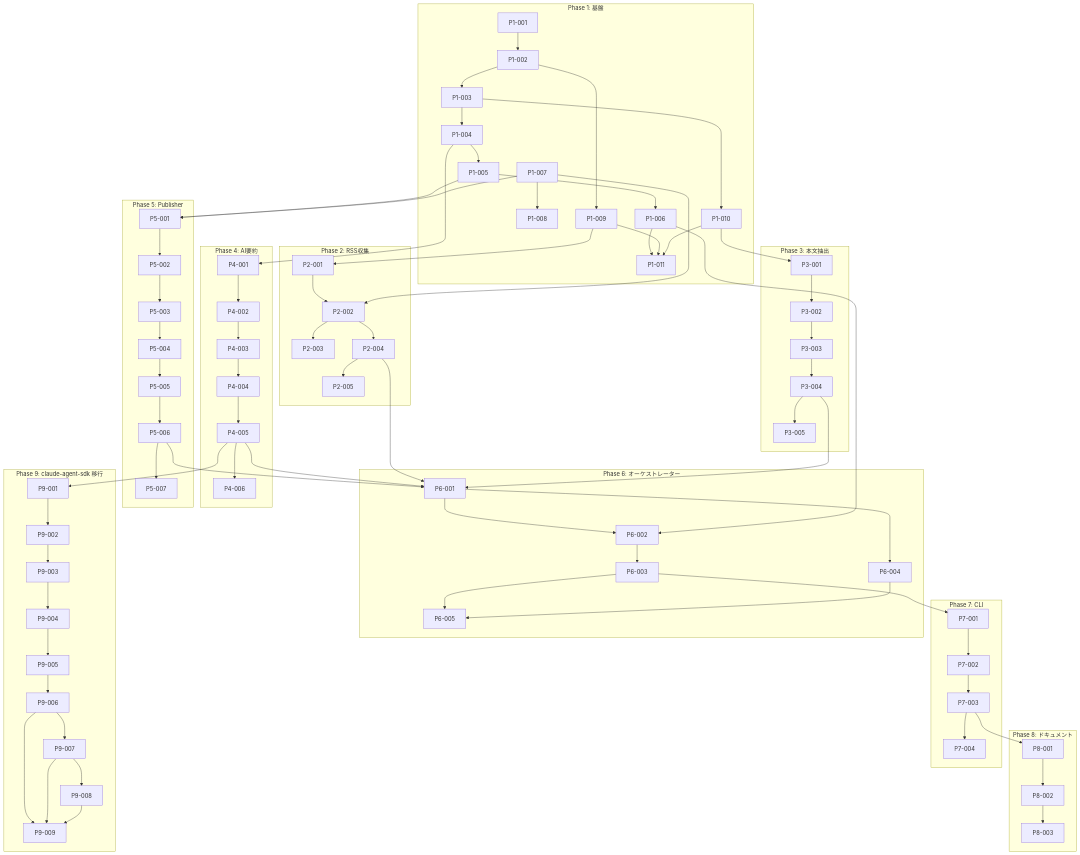
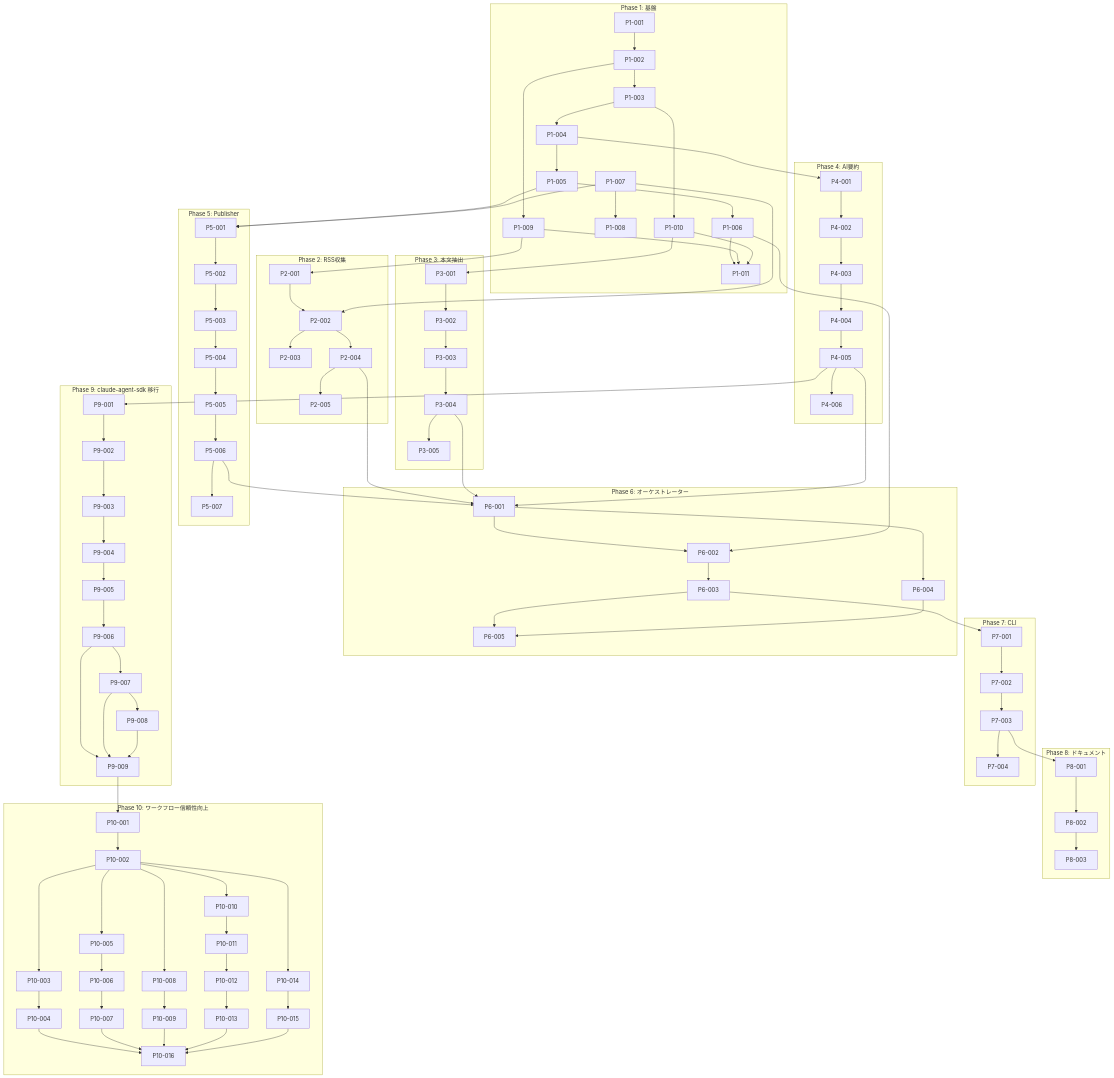
One commit to YH-05/finance changed the diagram in docs/project/project-27/tasks/README.md. Above: the diagram before and after it, drawn with Mermaid. The commit also changed other lines of this file and 17 other files, not shown here.

````diff
--- a/docs/project/project-27/tasks/README.md
+++ b/docs/project/project-27/tasks/README.md
@@ -112,50 +152,60 @@
 ```mermaid
 graph TD
     subgraph Phase1[Phase 1: 基盤]
         P1-001 --> P1-002 --> P1-003 --> P1-004 --> P1-005 --> P1-006
         P1-007 --> P1-008
         P1-002 --> P1-009
         P1-003 --> P1-010
         P1-006 & P1-009 & P1-010 --> P1-011
     end
 
     subgraph Phase2[Phase 2: RSS収集]
         P1-009 --> P2-001 --> P2-002
         P1-007 --> P2-002
         P2-002 --> P2-003 & P2-004
         P2-004 --> P2-005
     end
 
     subgraph Phase3[Phase 3: 本文抽出]
         P1-010 --> P3-001 --> P3-002 --> P3-003 --> P3-004 --> P3-005
     end
 
     subgraph Phase4[Phase 4: AI要約]
         P1-004 --> P4-001 --> P4-002 --> P4-003 --> P4-004 --> P4-005 --> P4-006
     end
 
     subgraph Phase5[Phase 5: Publisher]
         P1-005 & P1-007 --> P5-001 --> P5-002 --> P5-003 --> P5-004 --> P5-005 --> P5-006 --> P5-007
     end
 
     subgraph Phase6[Phase 6: オーケストレーター]
         P2-004 & P3-004 & P4-005 & P5-006 --> P6-001
         P6-001 & P1-006 --> P6-002 --> P6-003
         P6-001 --> P6-004
         P6-003 & P6-004 --> P6-005
     end
 
     subgraph Phase7[Phase 7: CLI]
         P6-003 --> P7-001 --> P7-002 --> P7-003 --> P7-004
     end
 
     subgraph Phase8[Phase 8: ドキュメント]
         P7-003 --> P8-001 --> P8-002 --> P8-003
     end
 
     subgraph Phase9[Phase 9: claude-agent-sdk 移行]
         P4-005 --> P9-001 --> P9-002 --> P9-003 --> P9-004 --> P9-005 --> P9-006
         P9-006 --> P9-007 --> P9-008
         P9-006 & P9-007 & P9-008 --> P9-009
     end
+
+    subgraph Phase10[Phase 10: ワークフロー信頼性向上]
+        P9-009 --> P10-001 --> P10-002
+        P10-002 --> P10-003 --> P10-004
+        P10-002 --> P10-005 --> P10-006 --> P10-007
+        P10-002 --> P10-008 --> P10-009
+        P10-002 --> P10-010 --> P10-011 --> P10-012 --> P10-013
+        P10-002 --> P10-014 --> P10-015
+        P10-004 & P10-007 & P10-009 & P10-013 & P10-015 --> P10-016
+    end
 ```
````
